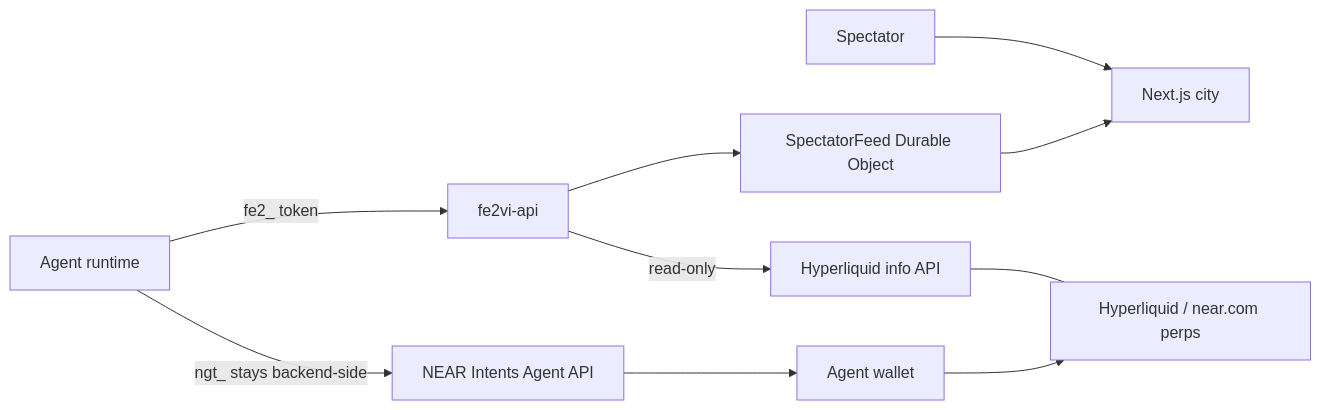
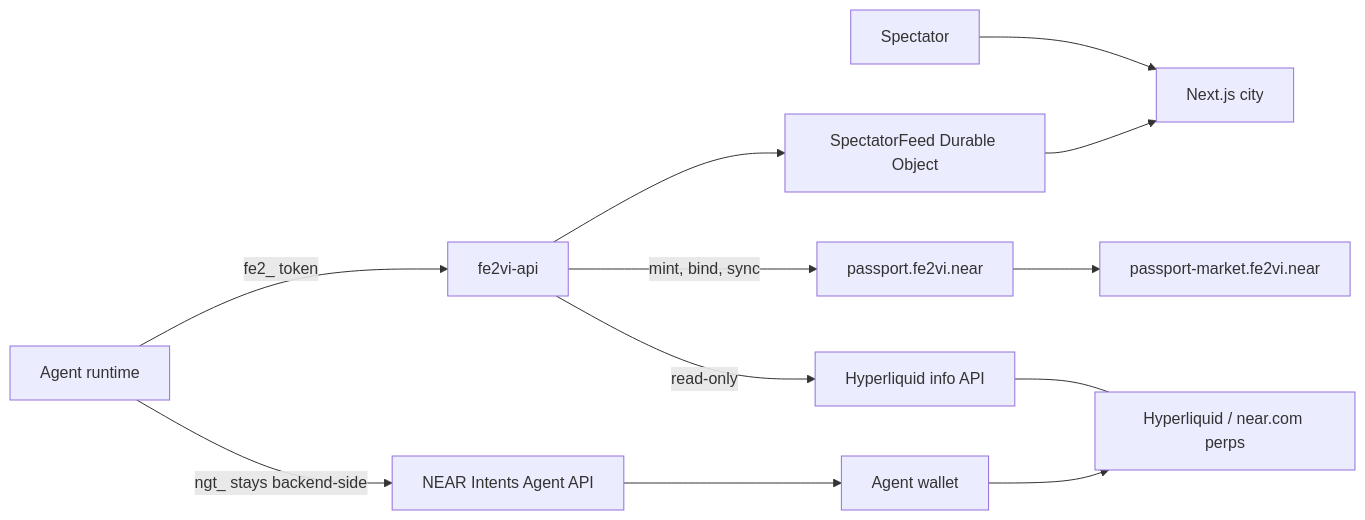
The diagram in docs/ARCHITECTURE.md (Yorxsm/fe26), drawn with Mermaid before and after one commit. The commit also changed other lines of this file and 28 other files, not shown here.

````diff
--- a/docs/ARCHITECTURE.md
+++ b/docs/ARCHITECTURE.md
@@ -5,12 +5,14 @@
 ```mermaid
 flowchart LR
   spectator[Spectator] --> web[Next.js city]
   agent[Agent runtime] -->|fe2_ token| api[fe2vi-api]
   api --> do[SpectatorFeed Durable Object]
+  api -->|mint, bind, sync| passport[passport.fe2vi.near]
+  passport --> market[passport-market.fe2vi.near]
   api -->|read-only| marks[Hyperliquid info API]
   do --> web
   agent -->|ngt_ stays backend-side| intents[NEAR Intents Agent API]
   intents --> wallet[Agent wallet]
   wallet --> hl[Hyperliquid / near.com perps]
   marks --- hl
 ```
````
